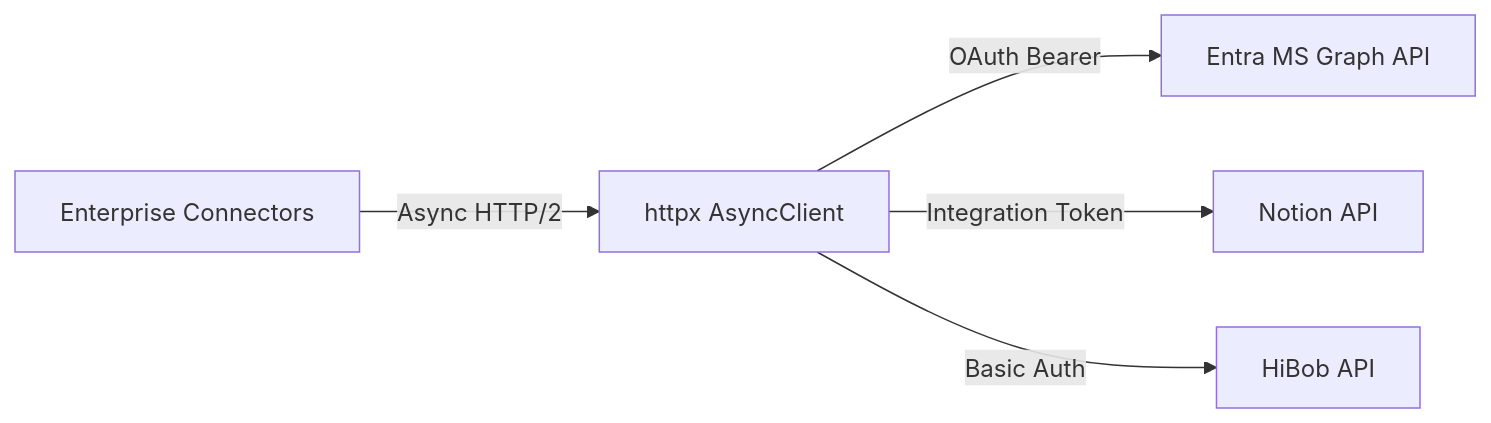
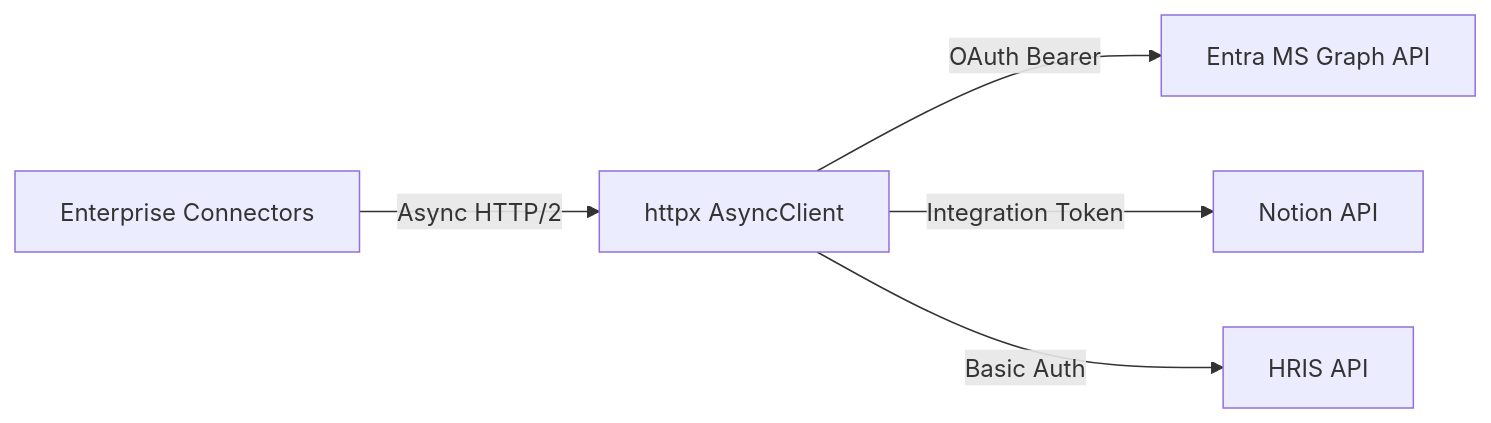
Before and after one commit to gemphi/phiant: the diagram in docs/httpx.md, drawn with Mermaid. The commit also changed other lines of this file and 32 other files, not shown here.

Commit message:
refactor: purge legacy HiBob and M-KOPA artifacts, clean connector layer and enforce unified phient architecture

````diff
--- a/docs/httpx.md
+++ b/docs/httpx.md
@@ -18,7 +18,7 @@
 ```mermaid
 graph LR
     A[Enterprise Connectors] -->|Async HTTP/2| B[httpx AsyncClient]
     B -->|OAuth Bearer| C[Entra MS Graph API]
     B -->|Integration Token| D[Notion API]
-    B -->|Basic Auth| E[HiBob API]
+    B -->|Basic Auth| E[HRIS API]
 ```
````
